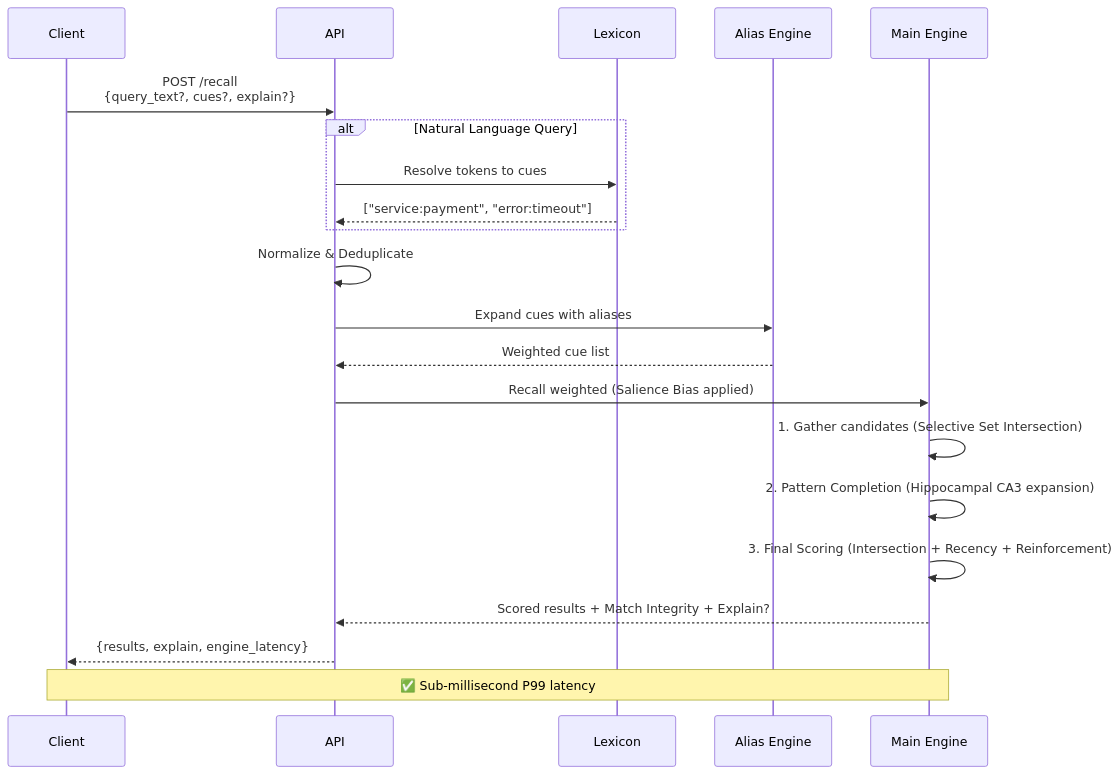
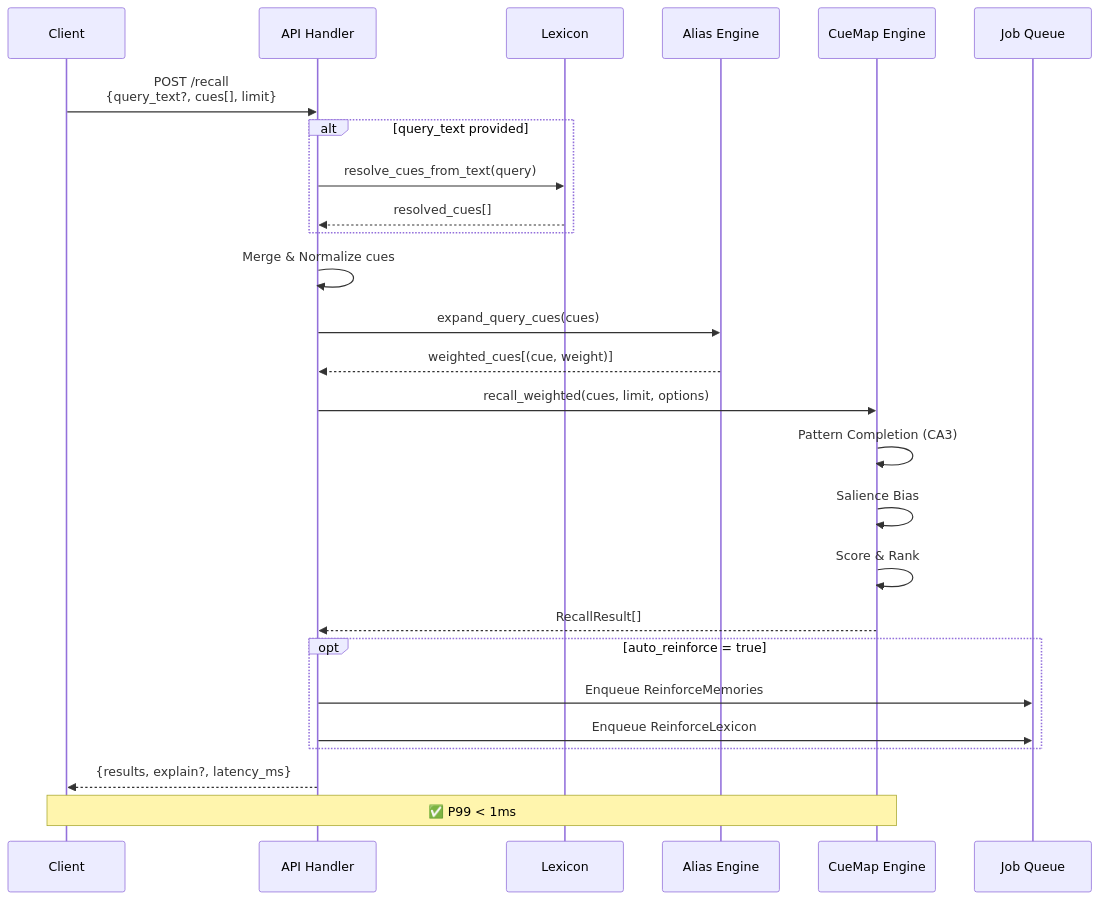
The third of 6 diagrams in README.md (cuemap-dev/cuemap), drawn with Mermaid before and after one commit. The commit also changed other lines of this file and 6 other files, not shown here.

````diff
--- a/README.md
+++ b/README.md
@@ -656,32 +677,36 @@
 ```mermaid
 sequenceDiagram
-    participant Client
-    participant API
+    participant C as Client
+    participant API as API Handler
     participant Lex as Lexicon
     participant Alias as Alias Engine
-    participant Main as Main Engine
+    participant Main as CueMap Engine
+    participant Q as Job Queue
     
-    Client->>API: POST /recall<br/>{query_text?, cues?, explain?}
+    C->>API: POST /recall<br/>{query_text?, cues[], limit}
     
-    alt Natural Language Query
-        API->>Lex: Resolve tokens to cues
-        Lex-->>API: ["service:payment", "error:timeout"]
+    alt query_text provided
+        API->>Lex: resolve_cues_from_text(query)
+        Lex-->>API: resolved_cues[]
     end
     
-    API->>API: Normalize & Deduplicate
+    API->>API: Merge & Normalize cues
     
-    API->>Alias: Expand cues with aliases
-    Alias-->>API: Weighted cue list
+    API->>Alias: expand_query_cues(cues)
+    Alias-->>API: weighted_cues[(cue, weight)]
     
-    API->>Main: Recall weighted (Salience Bias applied)
+    API->>Main: recall_weighted(cues, limit, options)
+    Main->>Main: Pattern Completion (CA3)
+    Main->>Main: Salience Bias
+    Main->>Main: Score & Rank
     
-    Main->>Main: 1. Gather candidates (Selective Set Intersection)
-    Main->>Main: 2. Pattern Completion (Hippocampal CA3 expansion)
-    Main->>Main: 3. Final Scoring (Intersection + Recency + Reinforcement)
+    Main-->>API: RecallResult[]
     
-    Main-->>API: Scored results + Match Integrity + Explain?
+    opt auto_reinforce = true
+        API->>Q: Enqueue ReinforceMemories
+        API->>Q: Enqueue ReinforceLexicon
+    end
     
-    API-->>Client: {results, explain, engine_latency}
-    
-    Note over Client,Main: ✅ Sub-millisecond P99 latency
+    API-->>C: {results, explain?, latency_ms}
+    Note over C,Main: ✅ P99 < 1ms
 ```
````
